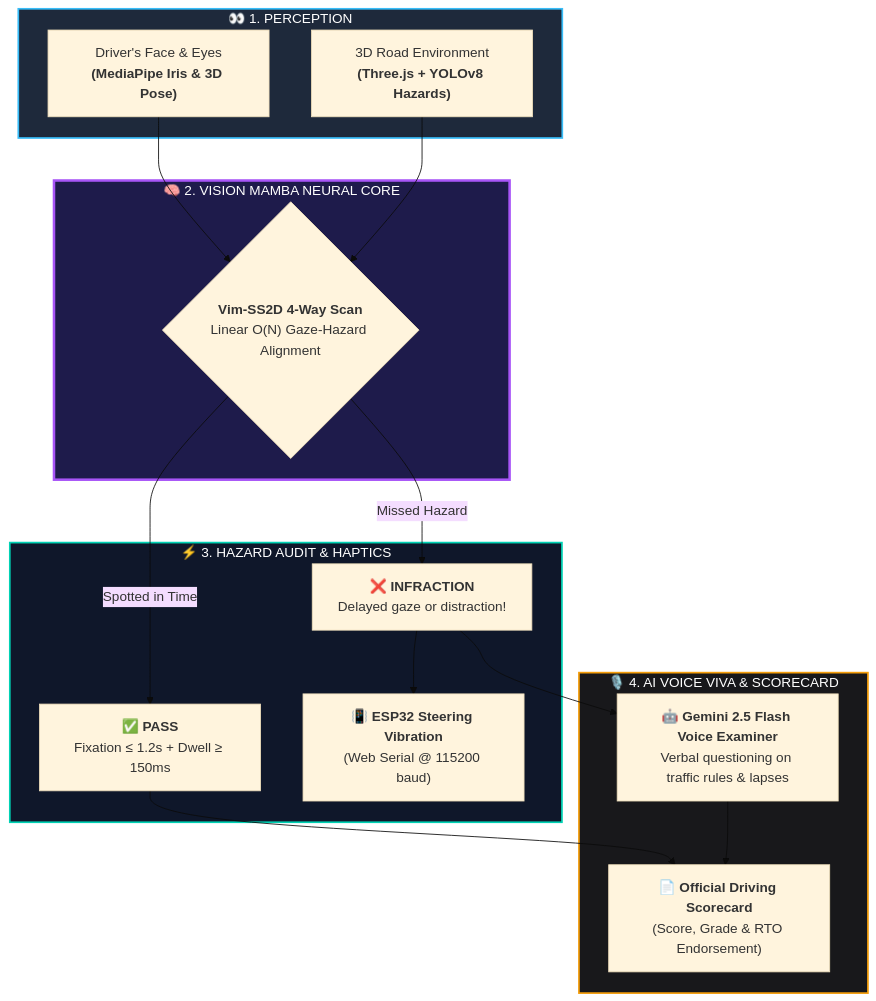
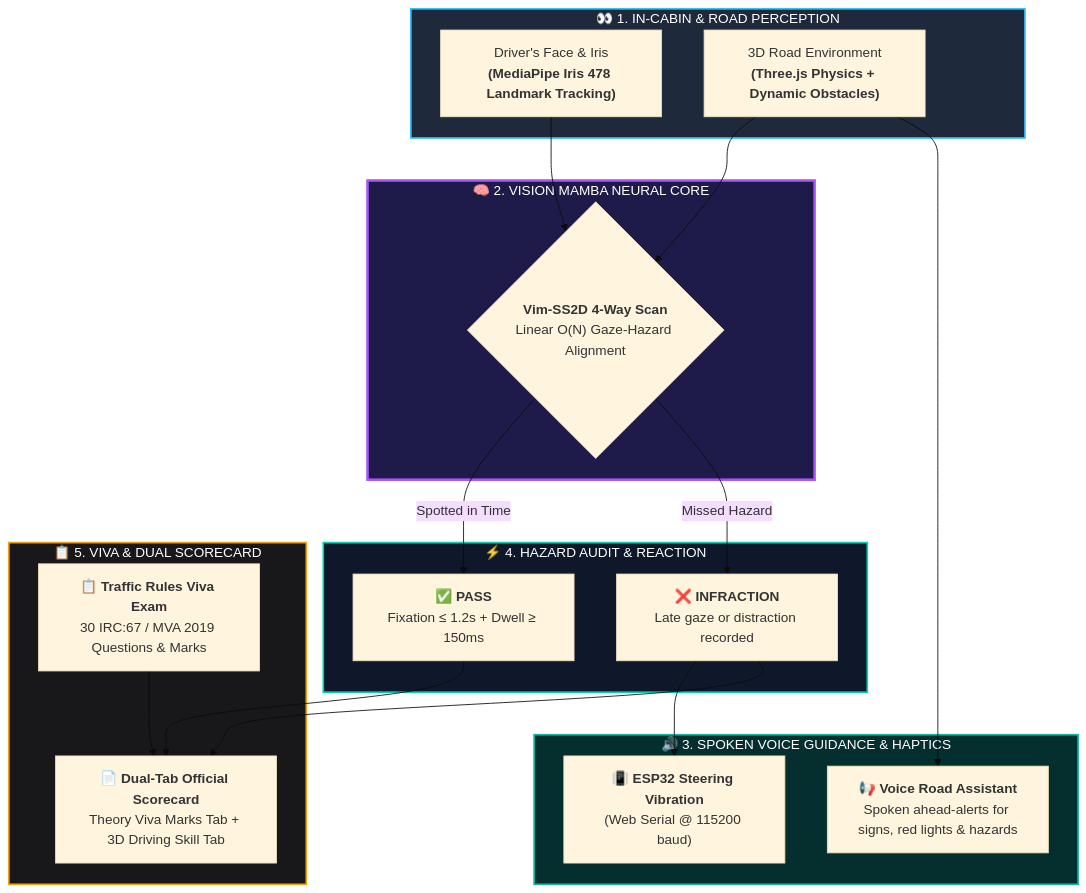
Before and after one commit to JyotsnaRBhat12/GazeDrive: the diagram in README.md, drawn with Mermaid (base theme). The commit also changed other lines of this file, not shown here.

````diff
--- a/README.md
+++ b/README.md
@@ -20,36 +28,42 @@
 ```mermaid
 flowchart TD
-    subgraph SENSE ["👀 1. PERCEPTION"]
-        A["Driver's Face & Eyes<br><b>(MediaPipe Iris & 3D Pose)</b>"]
-        B["3D Road Environment<br><b>(Three.js + YOLOv8 Hazards)</b>"]
+    subgraph SENSE ["👀 1. IN-CABIN & ROAD PERCEPTION"]
+        A["Driver's Face & Iris<br><b>(MediaPipe Iris 478 Landmark Tracking)</b>"]
+        B["3D Road Environment<br><b>(Three.js Physics + Dynamic Obstacles)</b>"]
     end
 
     subgraph BRAIN ["🧠 2. VISION MAMBA NEURAL CORE"]
         C{"<b>Vim-SS2D 4-Way Scan</b><br>Linear O(N) Gaze-Hazard Alignment"}
     end
 
-    subgraph ACTION ["⚡ 3. HAZARD AUDIT & HAPTICS"]
-        D["✅ <b>PASS</b><br>Fixation ≤ 1.2s + Dwell ≥ 150ms"]
-        E["❌ <b>INFRACTION</b><br>Delayed gaze or distraction!"]
-        F["📳 <b>ESP32 Steering Vibration</b><br>(Web Serial @ 115200 baud)"]
+    subgraph ADVISORY ["🔊 3. SPOKEN VOICE GUIDANCE & HAPTICS"]
+        V["📢 <b>Voice Road Assistant</b><br>Spoken ahead-alerts for signs, red lights & hazards"]
+        H["📳 <b>ESP32 Steering Vibration</b><br>(Web Serial @ 115200 baud)"]
     end
 
-    subgraph ORAL_EXAM ["🎙️ 4. AI VOICE VIVA & SCORECARD"]
-        G["🤖 <b>Gemini 2.5 Flash Voice Examiner</b><br>Verbal questioning on traffic rules & lapses"]
-        H["📄 <b>Official Driving Scorecard</b><br>(Score, Grade & RTO Endorsement)"]
+    subgraph AUDIT ["⚡ 4. HAZARD AUDIT & REACTION"]
+        D["✅ <b>PASS</b><br>Fixation ≤ 1.2s + Dwell ≥ 150ms"]
+        E["❌ <b>INFRACTION</b><br>Late gaze or distraction recorded"]
+    end
+
+    subgraph EVALUATION ["📋 5. VIVA & DUAL SCORECARD"]
+        G["📋 <b>Traffic Rules Viva Exam</b><br>30 IRC:67 / MVA 2019 Questions & Marks"]
+        S["📄 <b>Dual-Tab Official Scorecard</b><br>Theory Viva Marks Tab + 3D Driving Skill Tab"]
     end
 
     A --> C
     B --> C
+    B --> V
     C -- "Spotted in Time" --> D
     C -- "Missed Hazard" --> E
-    E --> F
-    E --> G
-    D --> H
-    G --> H
+    E --> H
+    D --> S
+    E --> S
+    G --> S
 
     style SENSE fill:#1e293b,stroke:#38bdf8,stroke-width:2px,color:#fff
     style BRAIN fill:#1e1b4b,stroke:#a855f7,stroke-width:3px,color:#fff
-    style ACTION fill:#0f172a,stroke:#00d2b4,stroke-width:2px,color:#fff
-    style ORAL_EXAM fill:#18181b,stroke:#f59e0b,stroke-width:2px,color:#fff
+    style ADVISORY fill:#042f2e,stroke:#14b8a6,stroke-width:2px,color:#fff
+    style AUDIT fill:#0f172a,stroke:#00d2b4,stroke-width:2px,color:#fff
+    style EVALUATION fill:#18181b,stroke:#f59e0b,stroke-width:2px,color:#fff
 ```
````
